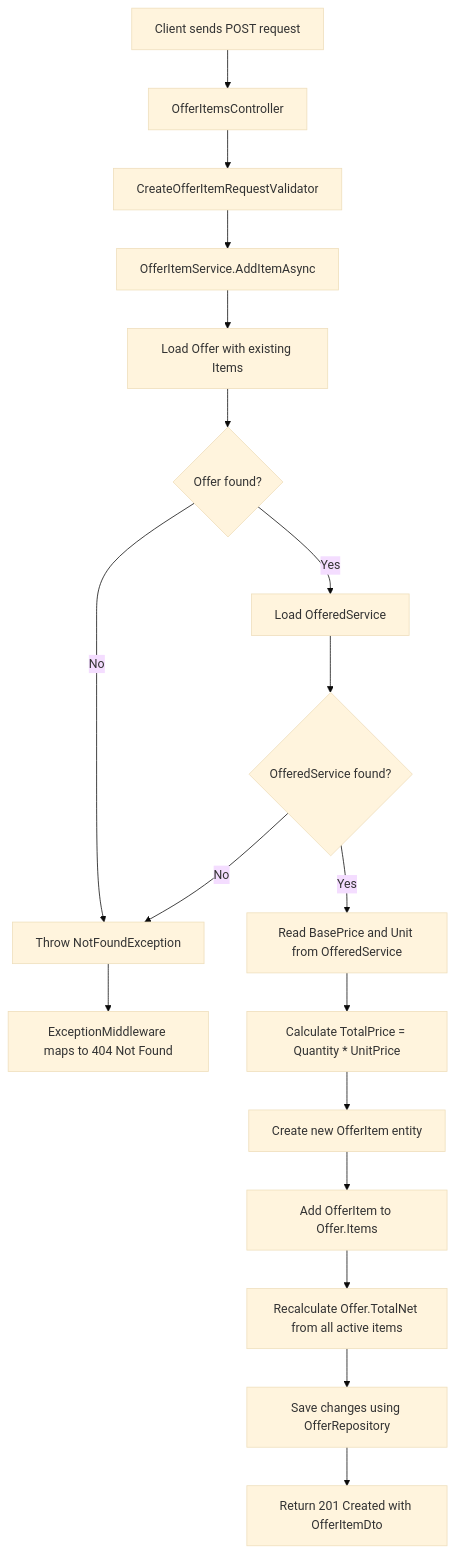
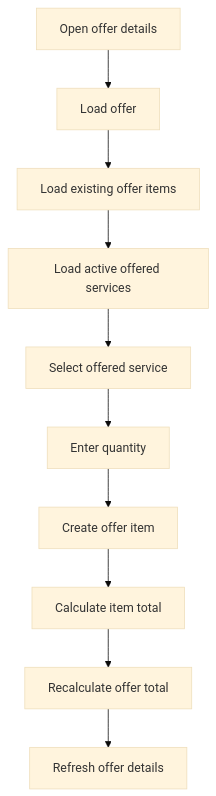
Before and after one commit to aaronddecker/gartenzwerge-offer-management: the diagram in docs/business-processes/add-offer-item-flow.md, drawn with Mermaid (base theme). The commit also changed other lines of this file and 24 other files, not shown here.

````diff
--- a/docs/business-processes/add-offer-item-flow.md
+++ b/docs/business-processes/add-offer-item-flow.md
@@ -72,25 +28,12 @@
 ```mermaid
 flowchart TD
-    A[Client sends POST request] --> B[OfferItemsController]
-    B --> C[CreateOfferItemRequestValidator]
-    C --> D[OfferItemService.AddItemAsync]
-
-    D --> E[Load Offer with existing Items]
-    E --> F{Offer found?}
-
-    F -->|No| G[Throw NotFoundException]
-    F -->|Yes| H[Load OfferedService]
-
-    H --> I{OfferedService found?}
-    I -->|No| G
-    I -->|Yes| J[Read BasePrice and Unit from OfferedService]
-
-    J --> K[Calculate TotalPrice = Quantity * UnitPrice]
-    K --> L[Create new OfferItem entity]
-    L --> M[Add OfferItem to Offer.Items]
-    M --> N[Recalculate Offer.TotalNet from all active items]
-    N --> O[Save changes using OfferRepository]
-    O --> P[Return 201 Created with OfferItemDto]
-
-    G --> Q[ExceptionMiddleware maps to 404 Not Found]
+    A[Open offer details] --> B[Load offer]
+    B --> C[Load existing offer items]
+    C --> D[Load active offered services]
+    D --> E[Select offered service]
+    E --> F[Enter quantity]
+    F --> G[Create offer item]
+    G --> H[Calculate item total]
+    H --> I[Recalculate offer total]
+    I --> J[Refresh offer details]
 ```
````
